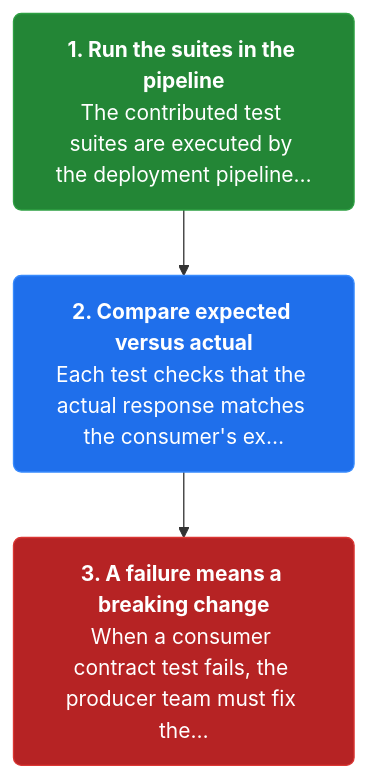
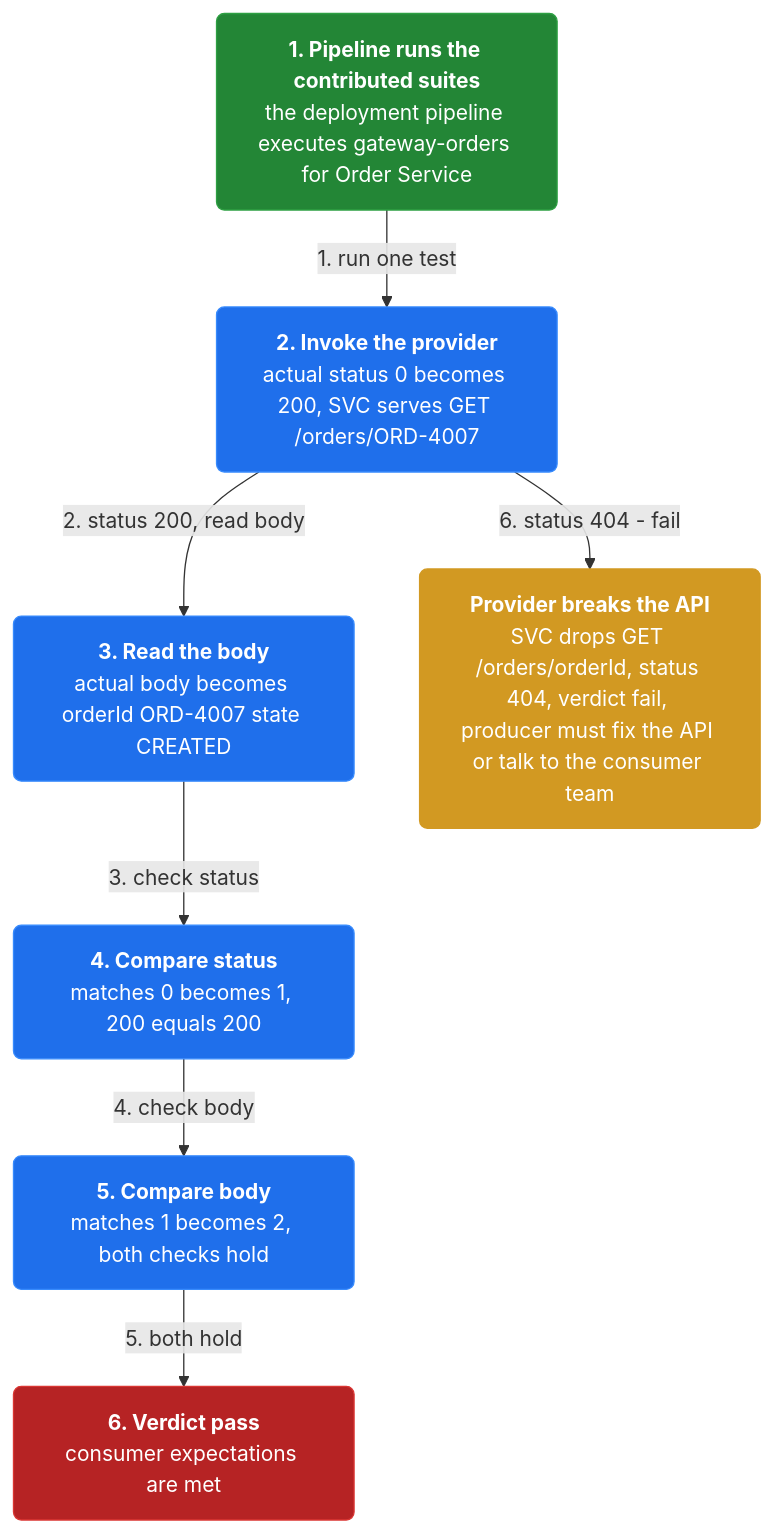
The third of 4 diagrams in docs/ch25-consumer-driven-contract-test.md (vinayakuber/microservices-io-study-guide), drawn with Mermaid before and after one commit. The commit also changed other lines of this file and 46 other files, not shown here.

First line of the commit message:
Author rich branching flow diagrams for all 44 chapters

````diff
--- a/docs/ch25-consumer-driven-contract-test.md
+++ b/docs/ch25-consumer-driven-contract-test.md
@@ -91,11 +108,21 @@
 ```mermaid
 flowchart TD
-  classDef step fill:#1f6feb,color:#ffffff,stroke:#388bfd,stroke-width:1px,rx:6
+  classDef step fill:#1f6feb,color:#ffffff,stroke:#388bfd,rx:6
+  classDef core fill:#8250df,color:#ffffff,stroke:#8250df,rx:6
+  classDef warn fill:#d29922,color:#ffffff,stroke:#d29922,rx:6
   classDef start fill:#238636,color:#ffffff,stroke:#2ea043,rx:6
   classDef stop fill:#b62324,color:#ffffff,stroke:#da3633,rx:6
-  s2n0["<b>1. Run the suites in the pipeline</b><br/>The contributed test suites are executed by the deployment pipeline…"]:::start
-  s2n1["<b>2. Compare expected versus actual</b><br/>Each test checks that the actual response matches the consumer's ex…"]:::step
-  s2n2["<b>3. A failure means a breaking change</b><br/>When a consumer contract test fails, the producer team must fix the…"]:::stop
-  s2n0 --> s2n1
-  s2n1 --> s2n2
+  n0["<b>1. Pipeline runs the contributed suites</b><br/>the deployment pipeline executes gateway-orders for Order Service"]:::start
+  n1["<b>2. Invoke the provider</b><br/>actual status 0 becomes 200, SVC serves GET /orders/ORD-4007"]:::step
+  n2["<b>3. Read the body</b><br/>actual body becomes orderId ORD-4007 state CREATED"]:::step
+  n3["<b>4. Compare status</b><br/>matches 0 becomes 1, 200 equals 200"]:::step
+  n4["<b>5. Compare body</b><br/>matches 1 becomes 2, both checks hold"]:::step
+  n5["<b>6. Verdict pass</b><br/>consumer expectations are met"]:::stop
+  n6["<b>Provider breaks the API</b><br/>SVC drops GET /orders/orderId, status 404, verdict fail, producer must fix the API or talk to the consumer team"]:::warn
+  n0 -->|"1. run one test"| n1
+  n1 -->|"2. status 200, read body"| n2
+  n2 -->|"3. check status"| n3
+  n3 -->|"4. check body"| n4
+  n4 -->|"5. both hold"| n5
+  n1 -->|"6. status 404 - fail"| n6
 ```
````
